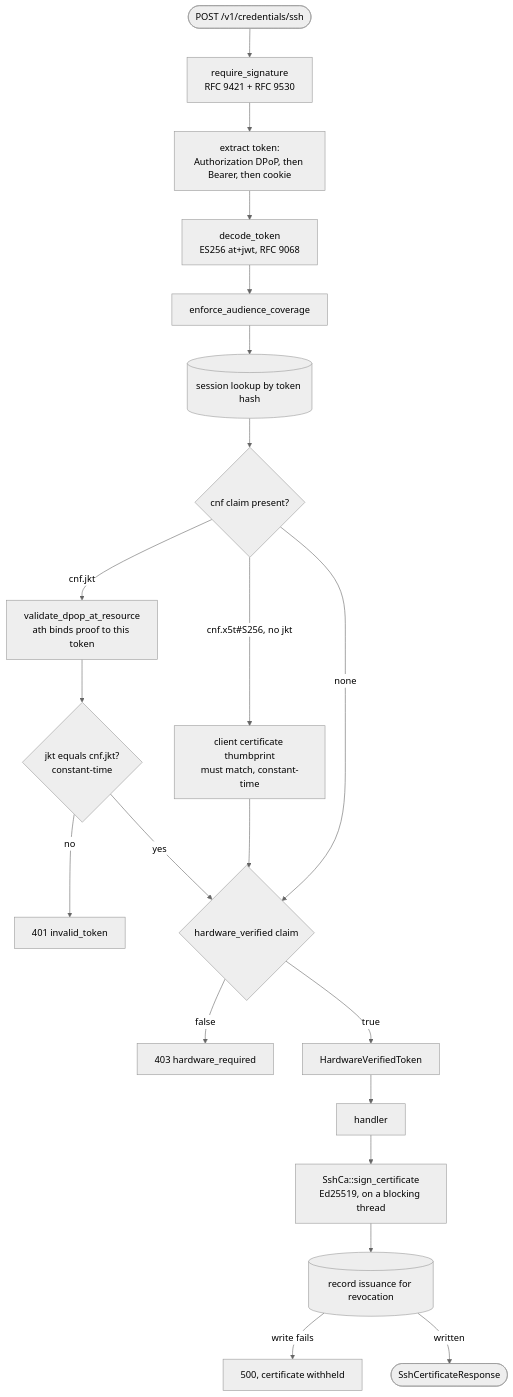
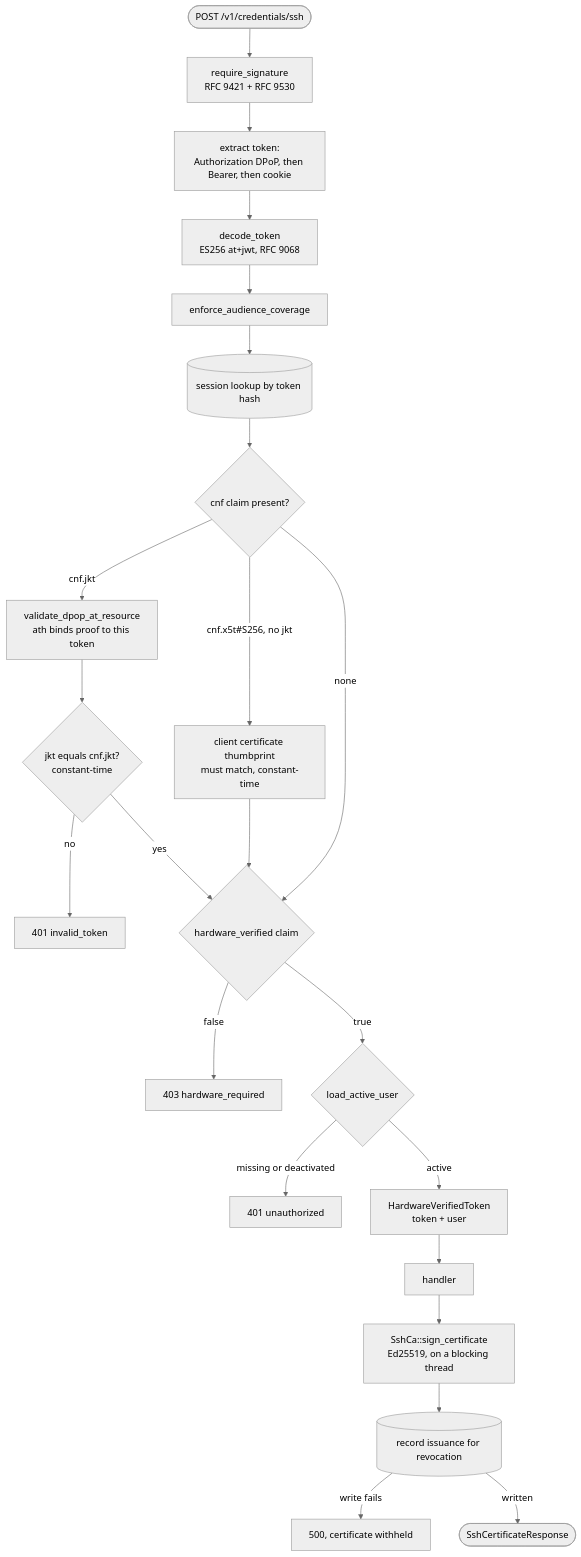
The seventh of 8 diagrams in crates/vouch-server/ARCHITECTURE.md (vouch-sh/vouch), drawn with Mermaid (neutral theme) before and after one commit. The commit also changed other lines of this file and 18 other files, not shown here.

First line of the commit message:
fix(server): refuse deactivated accounts in the token extractors

````diff
--- a/crates/vouch-server/ARCHITECTURE.md
+++ b/crates/vouch-server/ARCHITECTURE.md
@@ -441,23 +446,25 @@
 ```mermaid
 flowchart TB
   req(["POST /v1/credentials/ssh"]) --> sig["require_signature<br/>RFC 9421 + RFC 9530"]
   sig --> e1["extract token:<br/>Authorization DPoP, then Bearer, then cookie"]
   e1 --> e2["decode_token<br/>ES256 at+jwt, RFC 9068"]
   e2 --> e3["enforce_audience_coverage"]
   e3 --> e4[("session lookup by token hash")]
   e4 --> bind{"cnf claim present?"}
   bind -- "cnf.jkt" --> dpop["validate_dpop_at_resource<br/>ath binds proof to this token"]
   dpop --> jkt{"jkt equals cnf.jkt?<br/>constant-time"}
   jkt -- "no" --> r401["401 invalid_token"]
   bind -- "cnf.x5t#S256, no jkt" --> mtls["client certificate thumbprint<br/>must match, constant-time"]
   mtls --> hw
   jkt -- "yes" --> hw
   bind -- "none" --> hw
   hw{"hardware_verified claim"} -- "false" --> r403["403 hardware_required"]
-  hw -- "true" --> tokty["HardwareVerifiedToken"]
+  hw -- "true" --> active{"load_active_user"}
+  active -- "missing or deactivated" --> r401u["401 unauthorized"]
+  active -- "active" --> tokty["HardwareVerifiedToken<br/>token + user"]
   tokty --> h["handler"]
   h --> ssh["SshCa::sign_certificate<br/>Ed25519, on a blocking thread"]
   ssh --> rec[("record issuance for revocation")]
   rec -- "write fails" --> r500["500, certificate withheld"]
   rec -- "written" --> resp(["SshCertificateResponse"])
 ```
````
